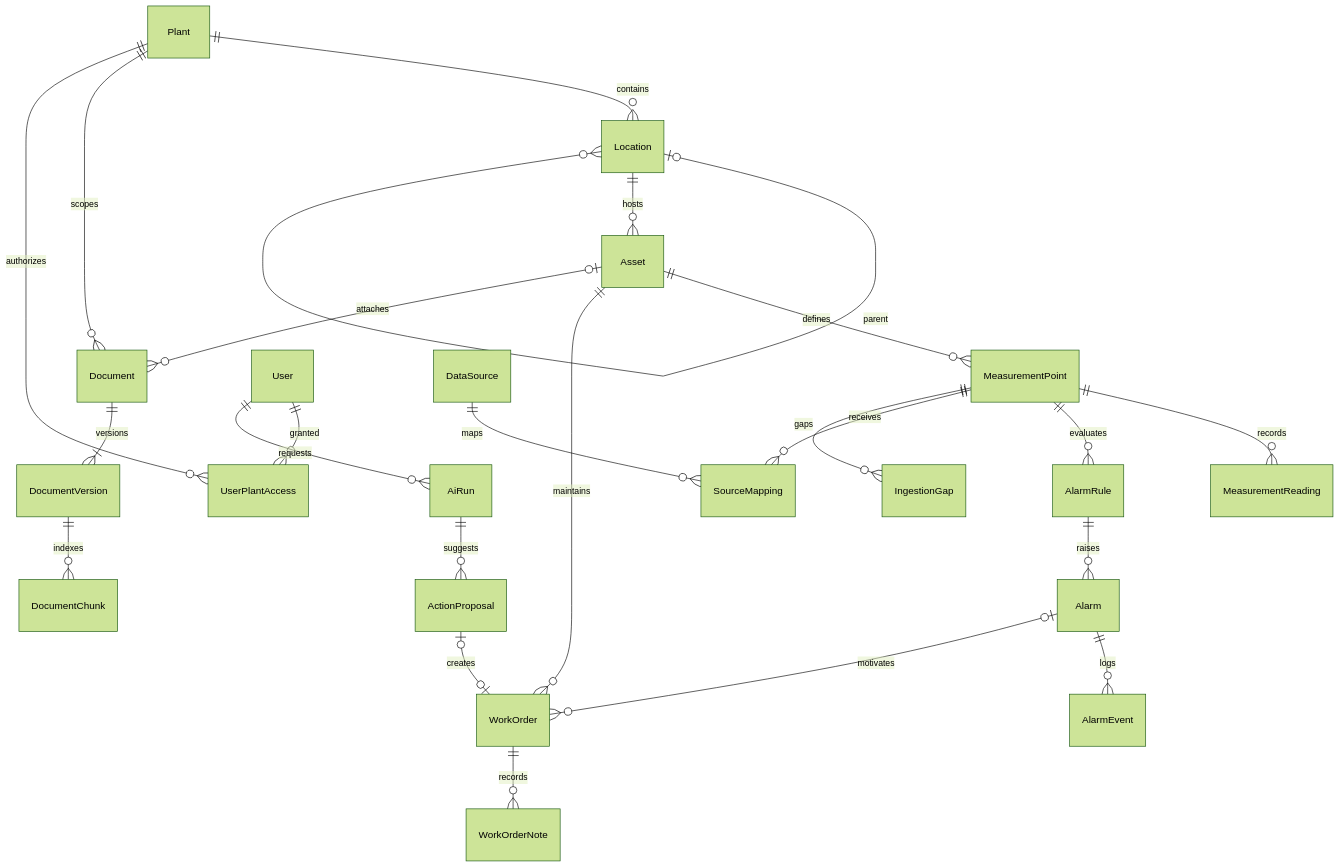
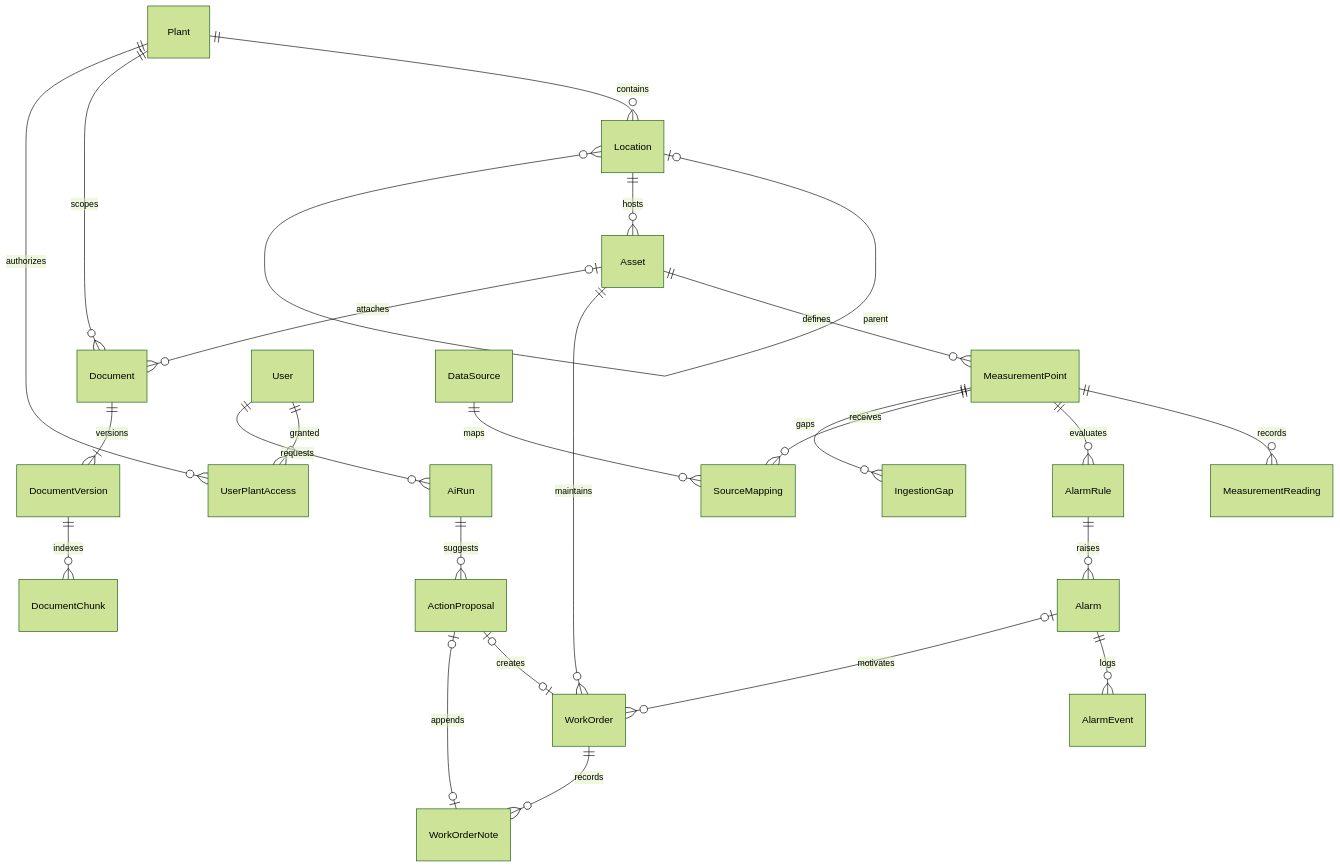
The diagram in docs/DOMAIN_MODEL.md (artharslion/plant-ops-copilot), drawn with Mermaid (forest theme) before and after one commit. The commit also changed other lines of this file and 39 other files, not shown here.

````diff
--- a/docs/DOMAIN_MODEL.md
+++ b/docs/DOMAIN_MODEL.md
@@ -11,26 +11,27 @@
 ```mermaid
 erDiagram
   Plant ||--o{ Location : contains
   Location o|--o{ Location : parent
   Location ||--o{ Asset : hosts
   Asset ||--o{ MeasurementPoint : defines
   MeasurementPoint ||--o{ MeasurementReading : records
   MeasurementPoint ||--o{ AlarmRule : evaluates
   AlarmRule ||--o{ Alarm : raises
   Alarm ||--o{ AlarmEvent : logs
   Asset ||--o{ WorkOrder : maintains
   Alarm o|--o{ WorkOrder : motivates
   WorkOrder ||--o{ WorkOrderNote : records
   Plant ||--o{ Document : scopes
   Asset o|--o{ Document : attaches
   Document ||--|{ DocumentVersion : versions
   DocumentVersion ||--o{ DocumentChunk : indexes
   User ||--o{ UserPlantAccess : granted
   Plant ||--o{ UserPlantAccess : authorizes
   DataSource ||--o{ SourceMapping : maps
   MeasurementPoint ||--o{ SourceMapping : receives
   MeasurementPoint ||--o{ IngestionGap : gaps
   User ||--o{ AiRun : requests
   AiRun ||--o{ ActionProposal : suggests
   ActionProposal o|--o| WorkOrder : creates
+  ActionProposal o|--o| WorkOrderNote : appends
 ```
````
